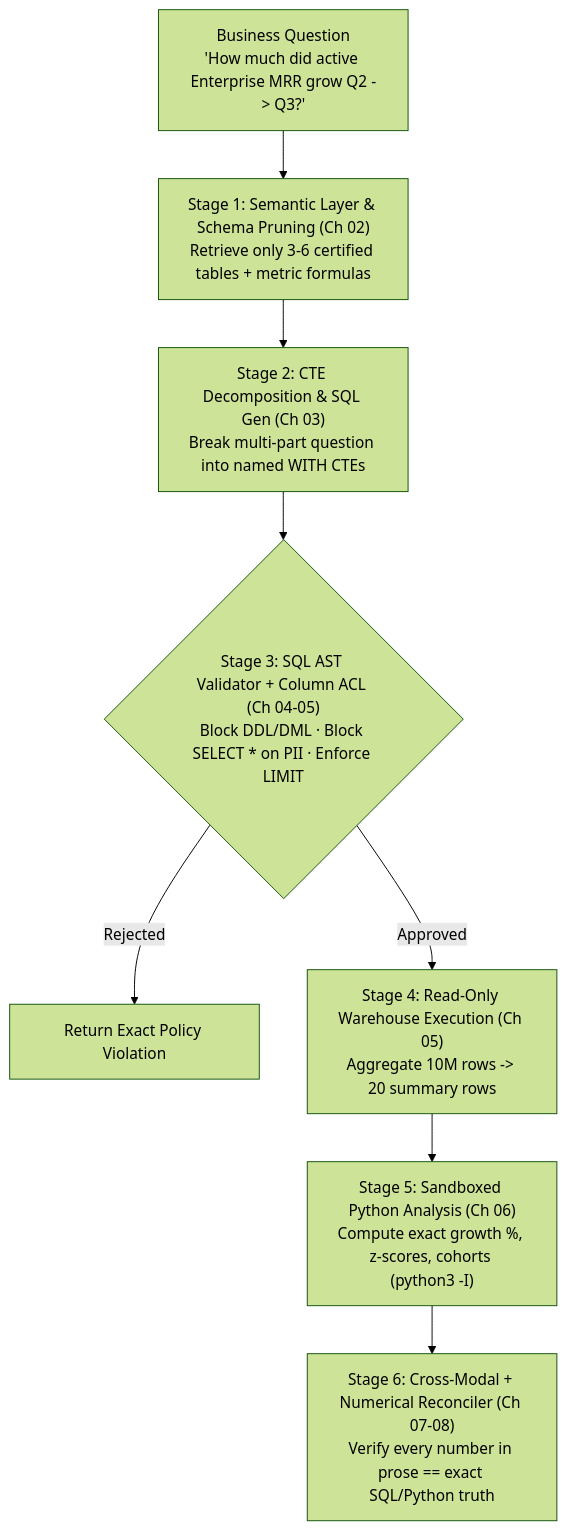
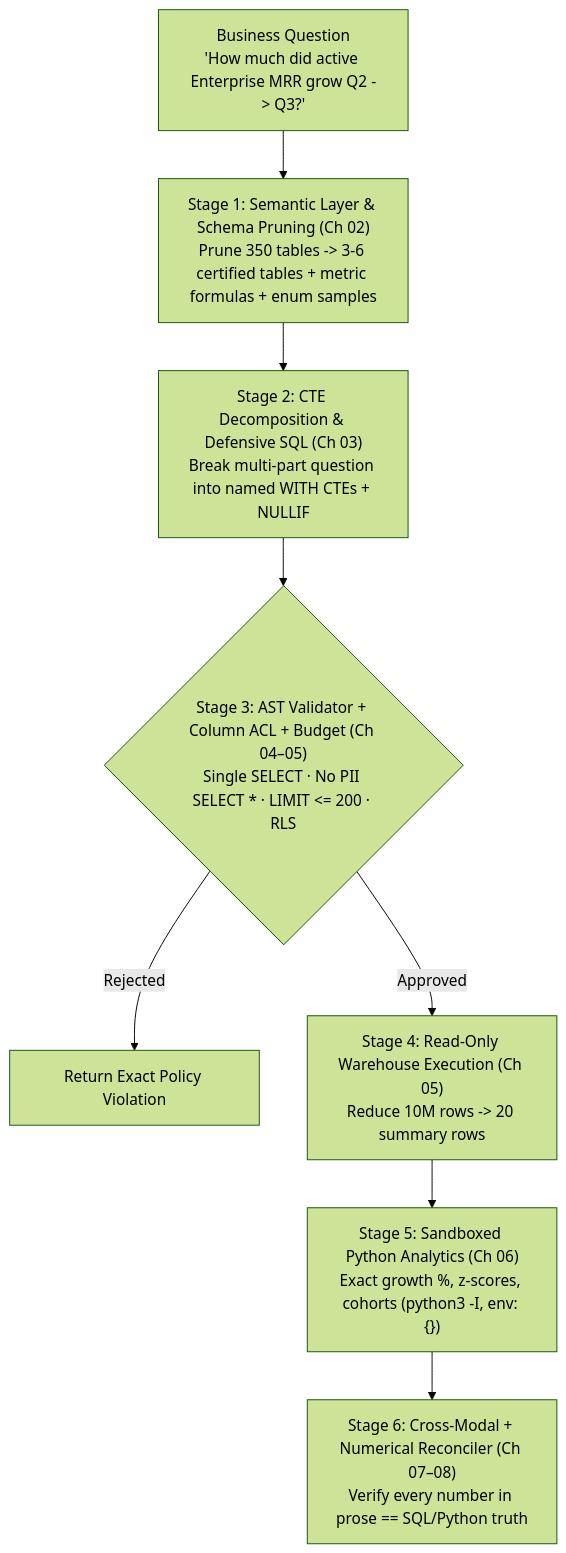
The second of 2 diagrams in Lecture 26 - Semantic Text-to-SQL and Analytical Python/notes/01_Why_Naive_Text_to_SQL_Fails_in_Production.md (Amie-dev/FDE-and-GenAI-Mastery), drawn with Mermaid (forest theme) before and after one commit. The commit also changed other lines of this file and 92 other files, not shown here.

````diff
--- a/Lecture 26 - Semantic Text-to-SQL and Analytical Python/notes/01_Why_Naive_Text_to_SQL_Fails_in_Production.md
+++ b/Lecture 26 - Semantic Text-to-SQL and Analytical Python/notes/01_Why_Naive_Text_to_SQL_Fails_in_Production.md
@@ -71,10 +79,10 @@
 ```mermaid
 flowchart TD
-    Q["Business Question<br/>'How much did active Enterprise MRR grow Q2 -> Q3?'"] --> S1["Stage 1: Semantic Layer & Schema Pruning (Ch 02)<br/>Retrieve only 3-6 certified tables + metric formulas"]
-    S1 --> S2["Stage 2: CTE Decomposition & SQL Gen (Ch 03)<br/>Break multi-part question into named WITH CTEs"]
-    S2 --> S3{"Stage 3: SQL AST Validator + Column ACL (Ch 04-05)<br/>Block DDL/DML · Block SELECT * on PII · Enforce LIMIT"}
+    Q["Business Question<br/>'How much did active Enterprise MRR grow Q2 -> Q3?'"] --> S1["Stage 1: Semantic Layer & Schema Pruning (Ch 02)<br/>Prune 350 tables -> 3-6 certified tables + metric formulas + enum samples"]
+    S1 --> S2["Stage 2: CTE Decomposition & Defensive SQL (Ch 03)<br/>Break multi-part question into named WITH CTEs + NULLIF"]
+    S2 --> S3{"Stage 3: AST Validator + Column ACL + Budget (Ch 04–05)<br/>Single SELECT · No PII SELECT * · LIMIT <= 200 · RLS"}
     S3 -->|"Rejected"| Err["Return Exact Policy Violation"]
-    S3 -->|"Approved"| S4["Stage 4: Read-Only Warehouse Execution (Ch 05)<br/>Aggregate 10M rows -> 20 summary rows"]
-    S4 --> S5["Stage 5: Sandboxed Python Analysis (Ch 06)<br/>Compute exact growth %, z-scores, cohorts (python3 -I)"]
-    S5 --> S6["Stage 6: Cross-Modal + Numerical Reconciler (Ch 07-08)<br/>Verify every number in prose == exact SQL/Python truth"]
+    S3 -->|"Approved"| S4["Stage 4: Read-Only Warehouse Execution (Ch 05)<br/>Reduce 10M rows -> 20 summary rows"]
+    S4 --> S5["Stage 5: Sandboxed Python Analytics (Ch 06)<br/>Exact growth %, z-scores, cohorts (python3 -I, env: {})"]
+    S5 --> S6["Stage 6: Cross-Modal + Numerical Reconciler (Ch 07–08)<br/>Verify every number in prose == SQL/Python truth"]
 ```
````
